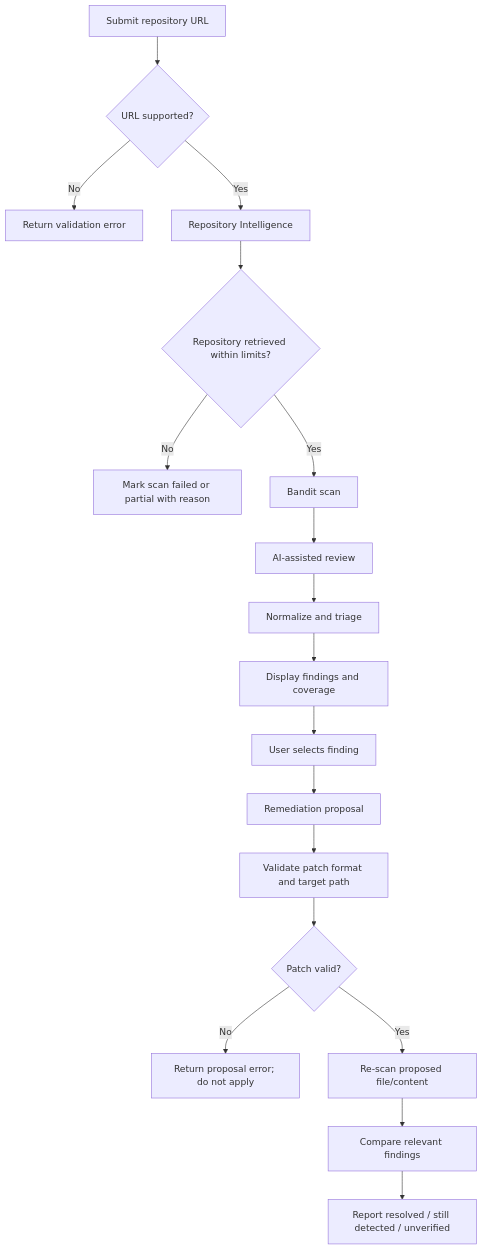
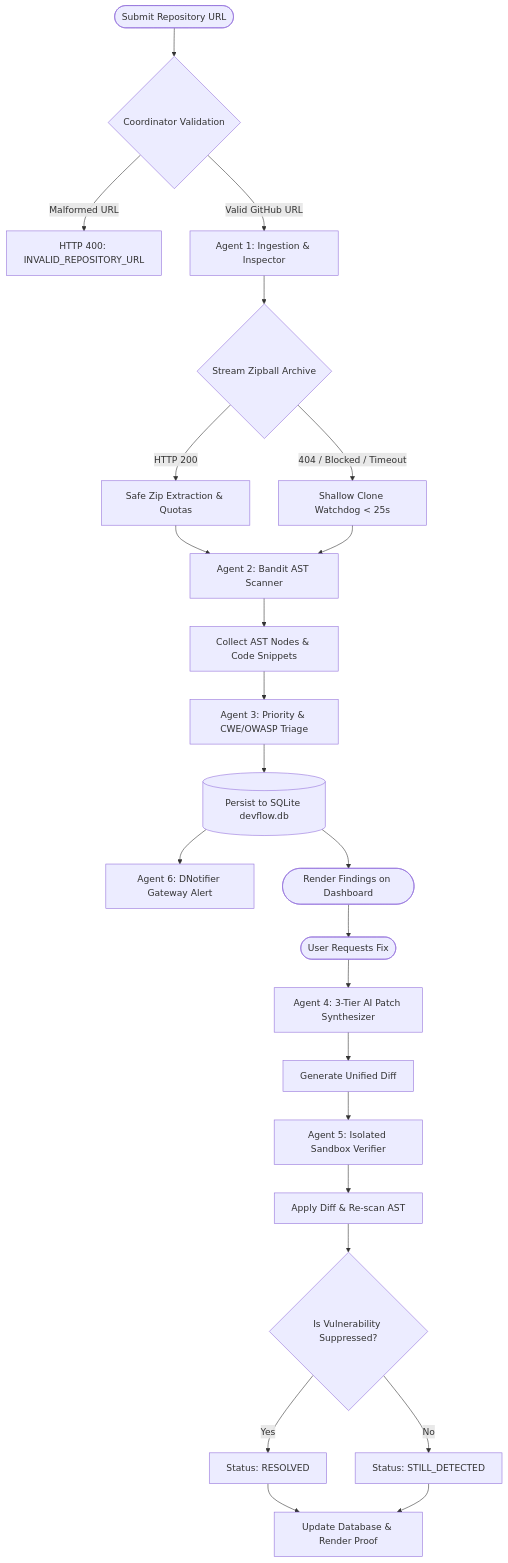
The diagram in docs/03-agent-and-workflow-design.md (faiqaarooj/dev-flow), drawn with Mermaid before and after one commit. The commit also changed other lines of this file and 22 other files, not shown here.

Commit message:
fix(vercel): add SPA catch-all rewrite to resolve 404 on direct scan and dashboard routes, and support dynamic per-repo architecture docs

````diff
--- a/docs/03-agent-and-workflow-design.md
+++ b/docs/03-agent-and-workflow-design.md
@@ -9,20 +14,32 @@
 ```mermaid
 flowchart TD
-    A[Submit repository URL] --> B{URL supported?}
-    B -- No --> E[Return validation error]
-    B -- Yes --> C[Repository Intelligence]
-    C --> D{Repository retrieved within limits?}
-    D -- No --> F[Mark scan failed or partial with reason]
-    D -- Yes --> G[Bandit scan]
-    G --> H[AI-assisted review]
-    H --> I[Normalize and triage]
-    I --> J[Display findings and coverage]
-    J --> K[User selects finding]
-    K --> L[Remediation proposal]
-    L --> M[Validate patch format and target path]
-    M --> N{Patch valid?}
-    N -- No --> O[Return proposal error; do not apply]
-    N -- Yes --> P[Re-scan proposed file/content]
-    P --> Q[Compare relevant findings]
-    Q --> S[Report resolved / still detected / unverified]
+    START([Submit Repository URL]) --> VAL{Coordinator Validation}
+    VAL -->|Malformed URL| ERR1[HTTP 400: INVALID_REPOSITORY_URL]
+    VAL -->|Valid GitHub URL| AGENT1[Agent 1: Ingestion & Inspector]
+    
+    AGENT1 --> STREAM{Stream Zipball Archive}
+    STREAM -->|HTTP 200| EXTRACT[Safe Zip Extraction & Quotas]
+    STREAM -->|404 / Blocked / Timeout| CLONE[Shallow Clone Watchdog < 25s]
+    
+    EXTRACT --> AGENT2[Agent 2: Bandit AST Scanner]
+    CLONE --> AGENT2
+    
+    AGENT2 --> RAW[Collect AST Nodes & Code Snippets]
+    RAW --> AGENT3[Agent 3: Priority & CWE/OWASP Triage]
+    AGENT3 --> STORE[(Persist to SQLite devflow.db)]
+    
+    STORE --> ALERT[Agent 6: DNotifier Gateway Alert]
+    STORE --> UI([Render Findings on Dashboard])
+    
+    UI --> FIX_REQ([User Requests Fix])
+    FIX_REQ --> AGENT4[Agent 4: 3-Tier AI Patch Synthesizer]
+    AGENT4 --> PROPOSAL[Generate Unified Diff]
+    
+    PROPOSAL --> AGENT5[Agent 5: Isolated Sandbox Verifier]
+    AGENT5 --> RESCAN[Apply Diff & Re-scan AST]
+    RESCAN --> VERIFIED{Is Vulnerability Suppressed?}
+    VERIFIED -->|Yes| RES_OK[Status: RESOLVED]
+    VERIFIED -->|No| RES_FAIL[Status: STILL_DETECTED]
+    RES_OK --> REPORT[Update Database & Render Proof]
+    RES_FAIL --> REPORT
 ```
````
